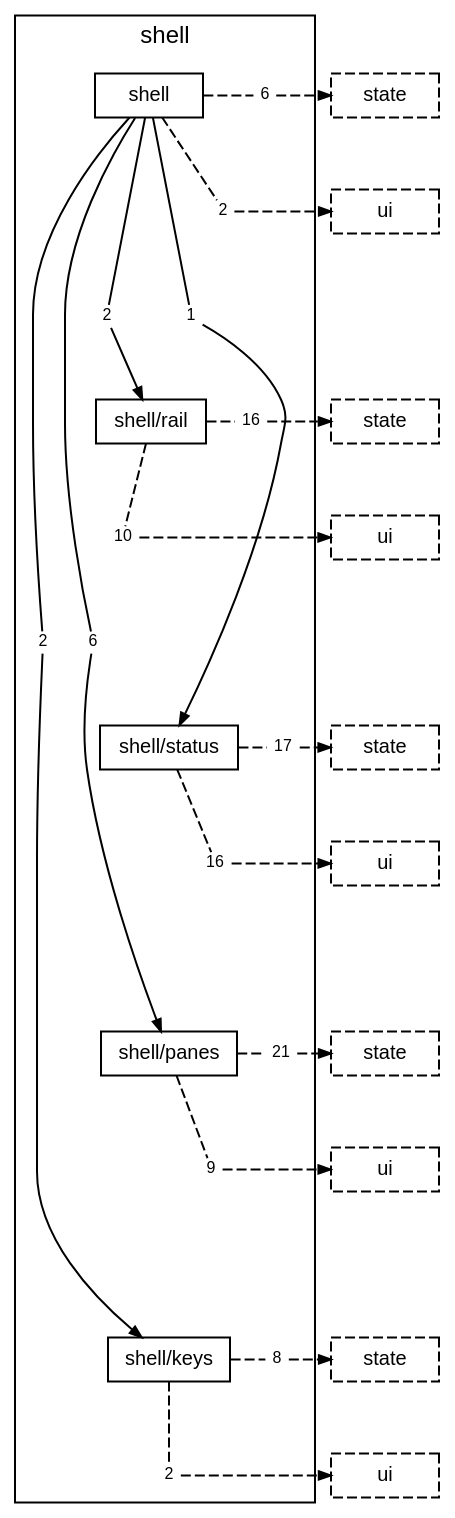
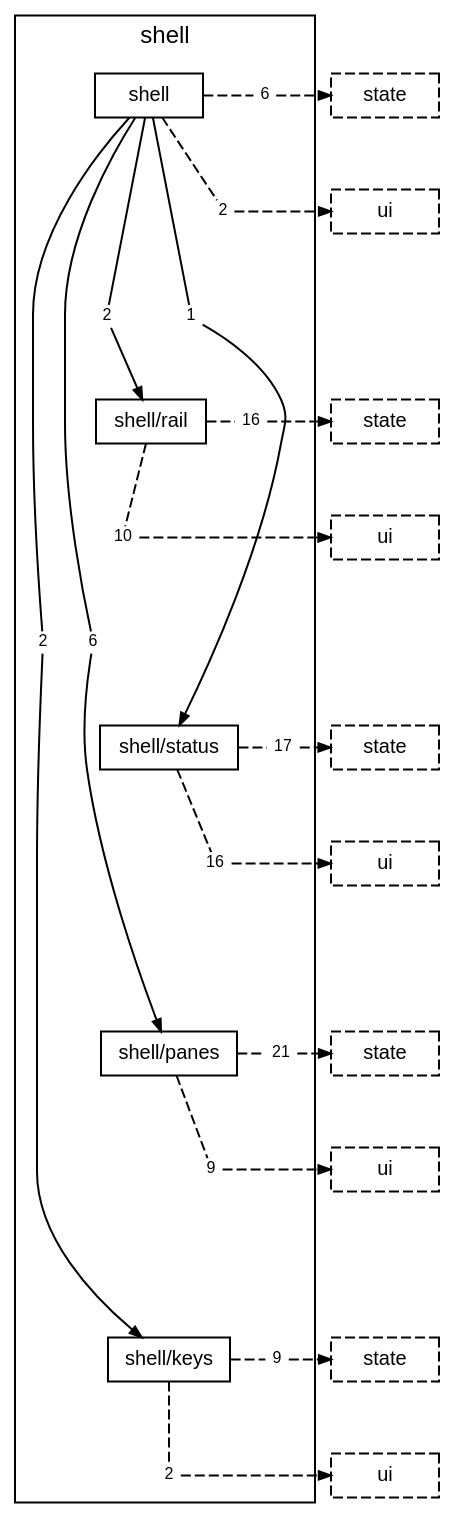
The diagram in docs/diagrams/layer-shell.dot (TheAxeC/oculus), drawn with Graphviz before and after one commit. The commit also changed 156 other files, not shown here.

```diff
--- a/docs/diagrams/layer-shell.dot
+++ b/docs/diagrams/layer-shell.dot
@@ -1,79 +1,79 @@
 digraph layer_shell {
     graph [bgcolor="transparent", rankdir=TB, newrank=true, fontname="Helvetica,Arial,sans-serif", fontsize=12, nodesep=0.2, ranksep=0.5];
     node [shape=box, color="black", fontcolor="black", fontname="Helvetica,Arial,sans-serif", fontsize=10, height=0.3, margin="0.12,0.04"];
     edge [color="black", fontcolor="black", fontname="Helvetica,Arial,sans-serif", fontsize=8, arrowsize=0.6];
     subgraph "cluster_shell" {
         label="shell"; style=solid;
         "folder shell" [label="shell"];
         "folder shell/rail" [label="shell/rail"];
         "folder shell/status" [label="shell/status"];
         "folder shell/panes" [label="shell/panes"];
         "folder shell/keys" [label="shell/keys"];
         "folder shell to folder shell/keys" [label="2", shape=box, color="transparent", fontsize=8, width=0, height=0, margin="0.04,0.02"];
         "folder shell to folder shell/panes" [label="6", shape=box, color="transparent", fontsize=8, width=0, height=0, margin="0.04,0.02"];
         "folder shell to folder shell/rail" [label="2", shape=box, color="transparent", fontsize=8, width=0, height=0, margin="0.04,0.02"];
         "folder shell to folder shell/status" [label="1", shape=box, color="transparent", fontsize=8, width=0, height=0, margin="0.04,0.02"];
         "folder shell to layer state" [label="6", shape=box, color="transparent", fontsize=8, width=0, height=0, margin="0.04,0.02"];
         "folder shell to layer ui" [label="2", shape=box, color="transparent", fontsize=8, width=0, height=0, margin="0.04,0.02"];
         "folder shell/rail to layer state" [label="16", shape=box, color="transparent", fontsize=8, width=0, height=0, margin="0.04,0.02"];
         "folder shell/rail to layer ui" [label="10", shape=box, color="transparent", fontsize=8, width=0, height=0, margin="0.04,0.02"];
         "folder shell/status to layer state" [label="17", shape=box, color="transparent", fontsize=8, width=0, height=0, margin="0.04,0.02"];
         "folder shell/status to layer ui" [label="16", shape=box, color="transparent", fontsize=8, width=0, height=0, margin="0.04,0.02"];
         "folder shell/panes to layer state" [label="21", shape=box, color="transparent", fontsize=8, width=0, height=0, margin="0.04,0.02"];
         "folder shell/panes to layer ui" [label="9", shape=box, color="transparent", fontsize=8, width=0, height=0, margin="0.04,0.02"];
-        "folder shell/keys to layer state" [label="8", shape=box, color="transparent", fontsize=8, width=0, height=0, margin="0.04,0.02"];
+        "folder shell/keys to layer state" [label="9", shape=box, color="transparent", fontsize=8, width=0, height=0, margin="0.04,0.02"];
         "folder shell/keys to layer ui" [label="2", shape=box, color="transparent", fontsize=8, width=0, height=0, margin="0.04,0.02"];
     }
     "layer state from folder shell" [label="state", style=dashed];
     "layer ui from folder shell" [label="ui", style=dashed];
     "layer state from folder shell/rail" [label="state", style=dashed];
     "layer ui from folder shell/rail" [label="ui", style=dashed];
     "layer state from folder shell/status" [label="state", style=dashed];
     "layer ui from folder shell/status" [label="ui", style=dashed];
     "layer state from folder shell/panes" [label="state", style=dashed];
     "layer ui from folder shell/panes" [label="ui", style=dashed];
     "layer state from folder shell/keys" [label="state", style=dashed];
     "layer ui from folder shell/keys" [label="ui", style=dashed];
     "folder shell" -> "folder shell/rail" [style=invis, weight=10, minlen=3];
     "folder shell/rail" -> "folder shell/status" [style=invis, weight=10, minlen=3];
     "folder shell/status" -> "folder shell/panes" [style=invis, weight=10, minlen=3];
     "folder shell/panes" -> "folder shell/keys" [style=invis, weight=10, minlen=3];
     "folder shell" -> "folder shell to folder shell/keys" [arrowhead=none, minlen=5, weight=10];
     "folder shell to folder shell/keys" -> "folder shell/keys" [];
     "folder shell" -> "folder shell to folder shell/panes" [arrowhead=none, minlen=5, weight=10];
     "folder shell to folder shell/panes" -> "folder shell/panes" [];
     "folder shell" -> "folder shell to folder shell/rail" [arrowhead=none, minlen=2, weight=10];
     "folder shell to folder shell/rail" -> "folder shell/rail" [];
     "folder shell" -> "folder shell to folder shell/status" [arrowhead=none, minlen=2, weight=10];
     "folder shell to folder shell/status" -> "folder shell/status" [];
     "folder shell" -> "folder shell to layer state" [arrowhead=none, style=dashed];
     "folder shell to layer state" -> "layer state from folder shell" [style=dashed];
     { rank=same; "folder shell"; "folder shell to layer state"; "layer state from folder shell"; }
     "folder shell" -> "folder shell to layer ui" [arrowhead=none, style=dashed, minlen=1, weight=10];
     "folder shell to layer ui" -> "layer ui from folder shell" [style=dashed];
     { rank=same; "folder shell to layer ui"; "layer ui from folder shell"; }
     "folder shell/rail" -> "folder shell/rail to layer state" [arrowhead=none, style=dashed];
     "folder shell/rail to layer state" -> "layer state from folder shell/rail" [style=dashed];
     { rank=same; "folder shell/rail"; "folder shell/rail to layer state"; "layer state from folder shell/rail"; }
     "folder shell/rail" -> "folder shell/rail to layer ui" [arrowhead=none, style=dashed, minlen=1, weight=10];
     "folder shell/rail to layer ui" -> "layer ui from folder shell/rail" [style=dashed];
     { rank=same; "folder shell/rail to layer ui"; "layer ui from folder shell/rail"; }
     "folder shell/status" -> "folder shell/status to layer state" [arrowhead=none, style=dashed];
     "folder shell/status to layer state" -> "layer state from folder shell/status" [style=dashed];
     { rank=same; "folder shell/status"; "folder shell/status to layer state"; "layer state from folder shell/status"; }
     "folder shell/status" -> "folder shell/status to layer ui" [arrowhead=none, style=dashed, minlen=1, weight=10];
     "folder shell/status to layer ui" -> "layer ui from folder shell/status" [style=dashed];
     { rank=same; "folder shell/status to layer ui"; "layer ui from folder shell/status"; }
     "folder shell/panes" -> "folder shell/panes to layer state" [arrowhead=none, style=dashed];
     "folder shell/panes to layer state" -> "layer state from folder shell/panes" [style=dashed];
     { rank=same; "folder shell/panes"; "folder shell/panes to layer state"; "layer state from folder shell/panes"; }
     "folder shell/panes" -> "folder shell/panes to layer ui" [arrowhead=none, style=dashed, minlen=1, weight=10];
     "folder shell/panes to layer ui" -> "layer ui from folder shell/panes" [style=dashed];
     { rank=same; "folder shell/panes to layer ui"; "layer ui from folder shell/panes"; }
     "folder shell/keys" -> "folder shell/keys to layer state" [arrowhead=none, style=dashed];
     "folder shell/keys to layer state" -> "layer state from folder shell/keys" [style=dashed];
     { rank=same; "folder shell/keys"; "folder shell/keys to layer state"; "layer state from folder shell/keys"; }
     "folder shell/keys" -> "folder shell/keys to layer ui" [arrowhead=none, style=dashed, minlen=1, weight=10];
     "folder shell/keys to layer ui" -> "layer ui from folder shell/keys" [style=dashed];
     { rank=same; "folder shell/keys to layer ui"; "layer ui from folder shell/keys"; }
 }
```
